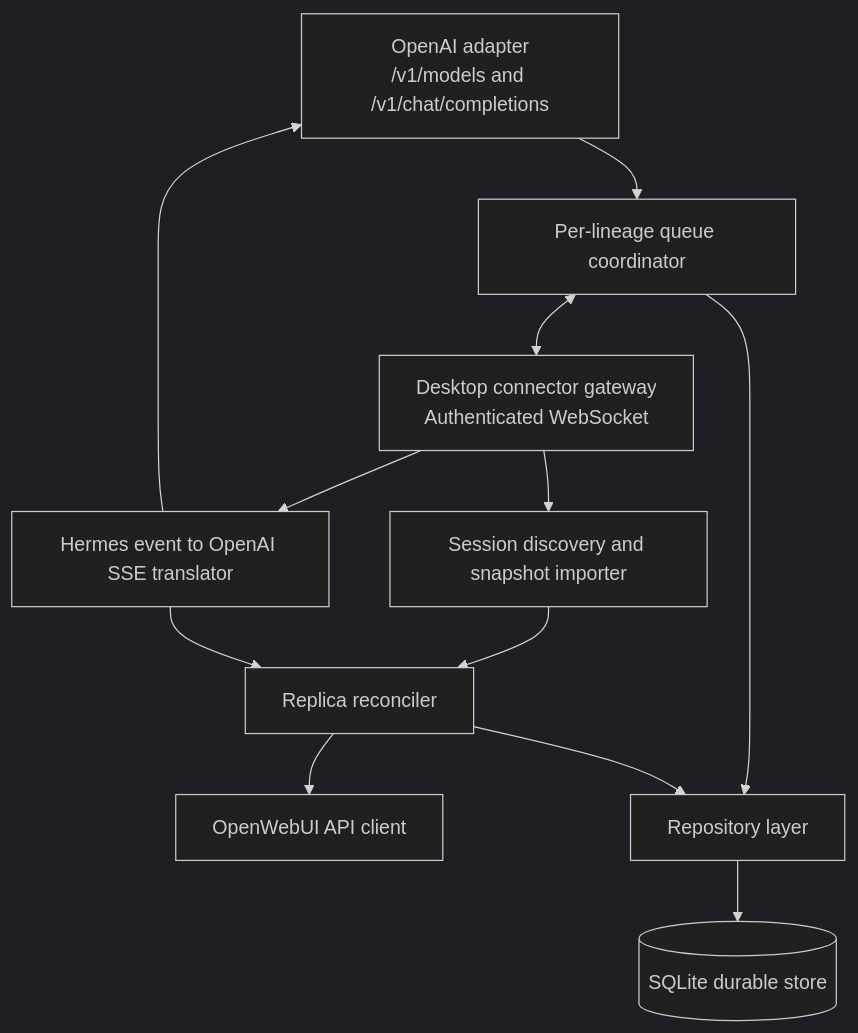
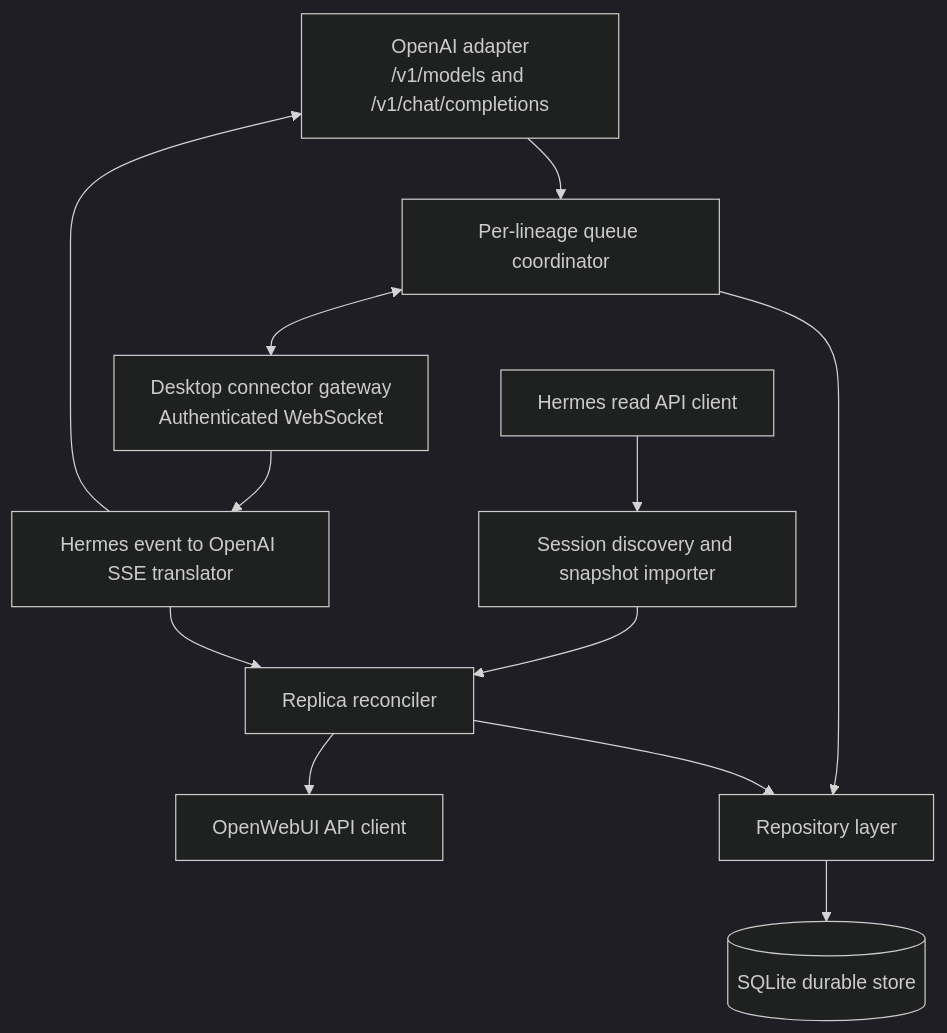
The third of 3 diagrams in docs/superpowers/specs/2026-09-03-hermes-openwebui-bridge-design.md (DZamataev/hermes-tools), drawn with Mermaid (dark theme) before and after one commit. The commit also changed other lines of this file, not shown here.

Commit message:
docs: separate Hermes history reads from live execution

````diff
--- a/docs/superpowers/specs/2026-09-03-hermes-openwebui-bridge-design.md
+++ b/docs/superpowers/specs/2026-09-03-hermes-openwebui-bridge-design.md
@@ -110,24 +112,25 @@
 ```mermaid
 flowchart TB
     OpenAI["OpenAI adapter<br/>/v1/models and /v1/chat/completions"]
     Connector["Desktop connector gateway<br/>Authenticated WebSocket"]
     Discovery["Session discovery and snapshot importer"]
     Reconciler["Replica reconciler"]
     Coordinator["Per-lineage queue coordinator"]
     Translator["Hermes event to OpenAI SSE translator"]
     OWClient["OpenWebUI API client"]
+    HermesClient["Hermes read API client"]
     Store["Repository layer"]
     DB[("SQLite durable store")]
 
     OpenAI --> Coordinator
     Coordinator <--> Connector
     Connector --> Translator
     Translator --> OpenAI
-    Connector --> Discovery
+    HermesClient --> Discovery
     Discovery --> Reconciler
     Translator --> Reconciler
     Reconciler --> OWClient
     Coordinator --> Store
     Reconciler --> Store
     Store --> DB
 ```
````
